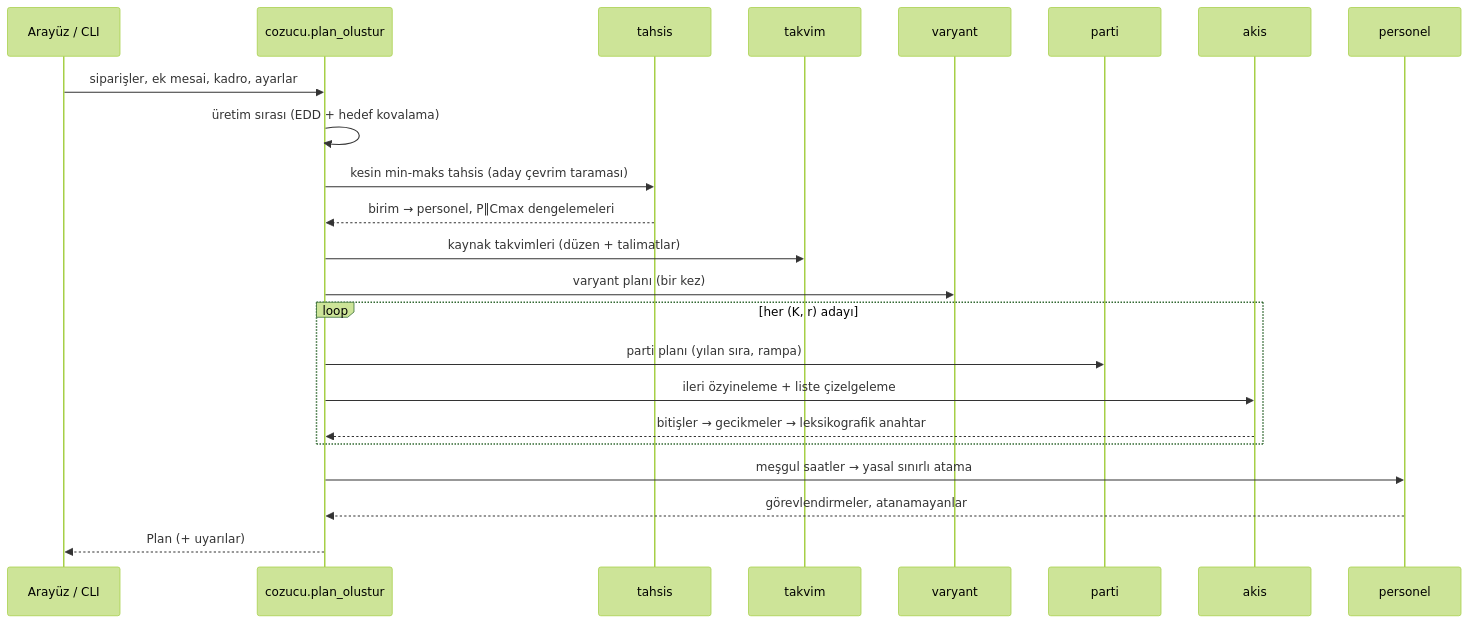
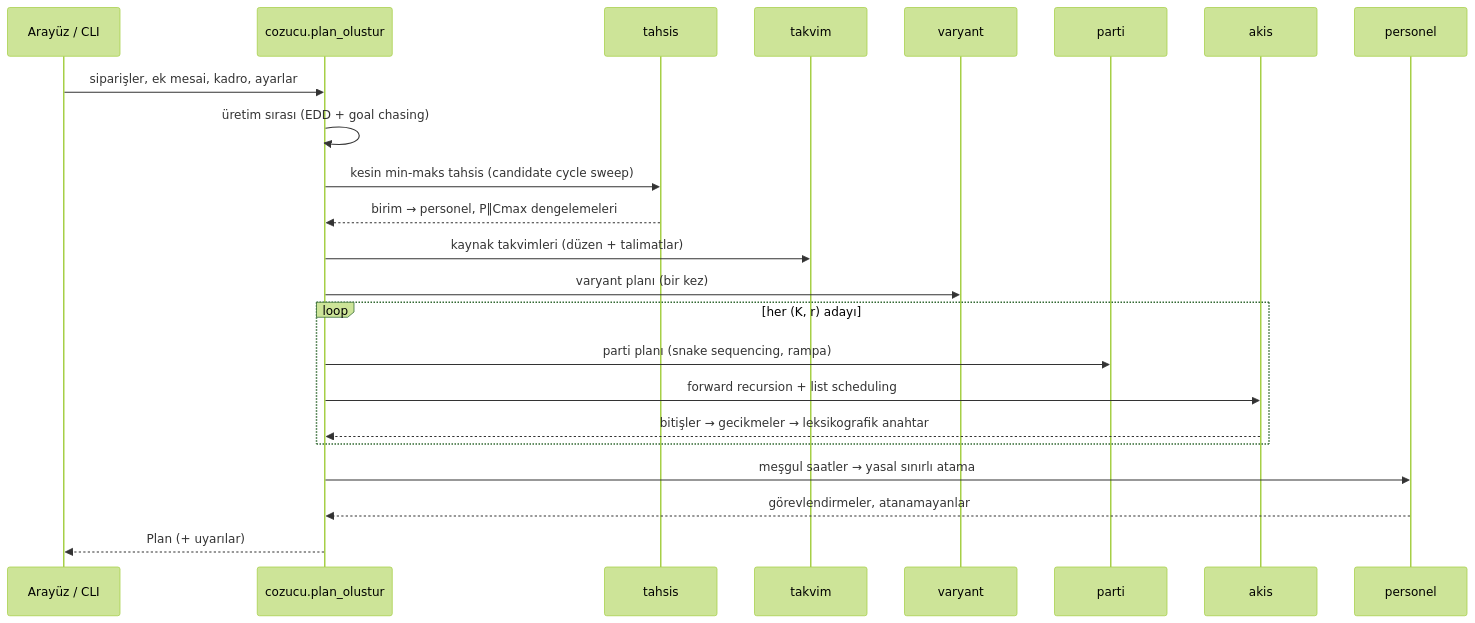
Before and after one commit to Omrndr/Uretim-Cizelgeleme-Yontemleri: the second of 3 diagrams in belgeler/ALGORITMA.md, drawn with Mermaid (forest theme). The commit also changed other lines of this file and 26 other files, not shown here.

````diff
--- a/belgeler/ALGORITMA.md
+++ b/belgeler/ALGORITMA.md
@@ -55,25 +55,25 @@
 ```mermaid
 sequenceDiagram
     participant UI as Arayüz / CLI
     participant C as cozucu.plan_olustur
     participant T as tahsis
     participant K as takvim
     participant V as varyant
     participant P as parti
     participant A as akis
     participant R as personel
     UI->>C: siparişler, ek mesai, kadro, ayarlar
-    C->>C: üretim sırası (EDD + hedef kovalama)
-    C->>T: kesin min-maks tahsis (aday çevrim taraması)
+    C->>C: üretim sırası (EDD + goal chasing)
+    C->>T: kesin min-maks tahsis (candidate cycle sweep)
     T-->>C: birim → personel, P‖Cmax dengelemeleri
     C->>K: kaynak takvimleri (düzen + talimatlar)
     C->>V: varyant planı (bir kez)
     loop her (K, r) adayı
-        C->>P: parti planı (yılan sıra, rampa)
-        C->>A: ileri özyineleme + liste çizelgeleme
+        C->>P: parti planı (snake sequencing, rampa)
+        C->>A: forward recursion + list scheduling
         A-->>C: bitişler → gecikmeler → leksikografik anahtar
     end
     C->>R: meşgul saatler → yasal sınırlı atama
     R-->>C: görevlendirmeler, atanamayanlar
     C-->>UI: Plan (+ uyarılar)
 ```
````
